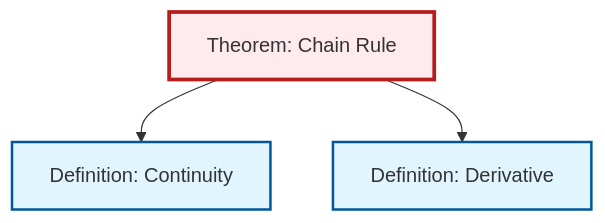
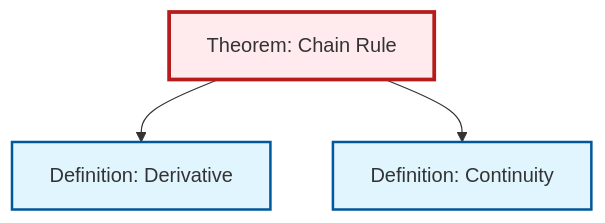
One commit to RK0429/ModernMath changed the second of 2 diagrams in content/ja/analysis/thm-chain-rule.qmd. Above: the diagram before and after it, drawn with Mermaid. The commit also changed other lines of this file and 434 other files, not shown here.

````diff
--- a/content/ja/analysis/thm-chain-rule.qmd
+++ b/content/ja/analysis/thm-chain-rule.qmd
@@ -83,17 +83,17 @@
 ```{mermaid}
 %%| fig-cap: "Local dependency graph"
 graph TD
     classDef definition fill:#e1f5fe,stroke:#01579b,stroke-width:2px
     classDef theorem fill:#f3e5f5,stroke:#4a148c,stroke-width:2px
     classDef axiom fill:#fff3e0,stroke:#e65100,stroke-width:2px
     classDef example fill:#e8f5e9,stroke:#1b5e20,stroke-width:2px
     classDef current fill:#ffebee,stroke:#b71c1c,stroke-width:3px
-    thm-chain-rule["Theorem: Chain Rule"]:::theorem
     def-continuity["Definition: Continuity"]:::definition
     def-derivative["Definition: Derivative"]:::definition
+    thm-chain-rule["Theorem: Chain Rule"]:::theorem
+    thm-chain-rule --> def-derivative
     thm-chain-rule --> def-continuity
-    thm-chain-rule --> def-derivative
     class thm-chain-rule current
     click def-continuity "def-continuity.html" "Definition: Continuityへ"
     click def-derivative "def-derivative.html" "Definition: Derivativeへ"
 ```
````
